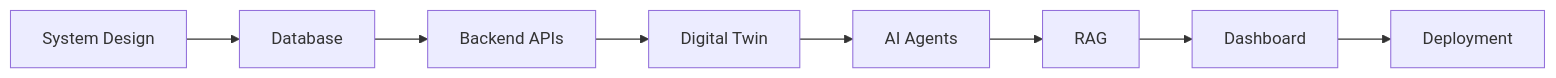
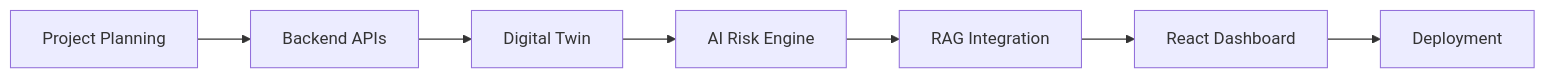
One commit to ashcodes28/PermitGhost changed the third of 3 diagrams in README.md. Above: the diagram before and after it, drawn with Mermaid. The commit also changed other lines of this file, not shown here.

````diff
--- a/README.md
+++ b/README.md
@@ -175,12 +191,11 @@
 ```mermaid
 flowchart LR
 
-A[System Design]
---> B[Database]
---> C[Backend APIs]
---> D[Digital Twin]
---> E[AI Agents]
---> F[RAG]
---> G[Dashboard]
---> H[Deployment]
+A[Project Planning]
+--> B[Backend APIs]
+--> C[Digital Twin]
+--> D[AI Risk Engine]
+--> E[RAG Integration]
+--> F[React Dashboard]
+--> G[Deployment]
 ```
````
